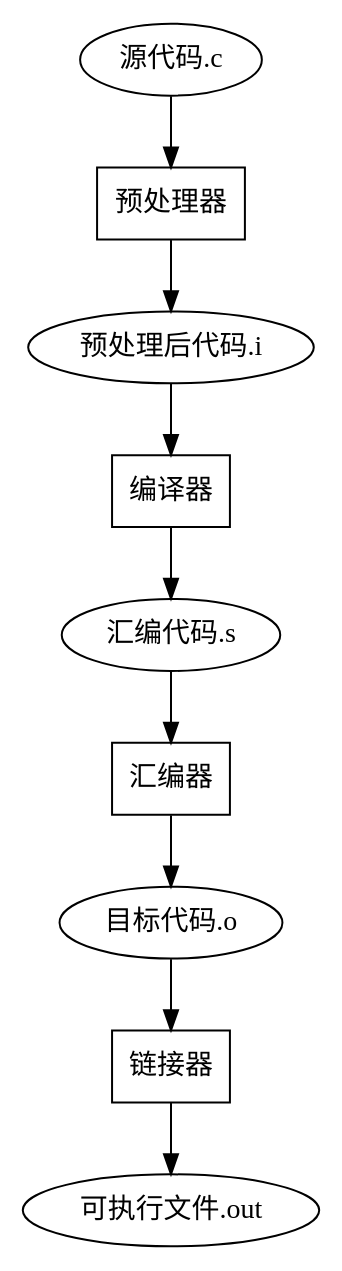
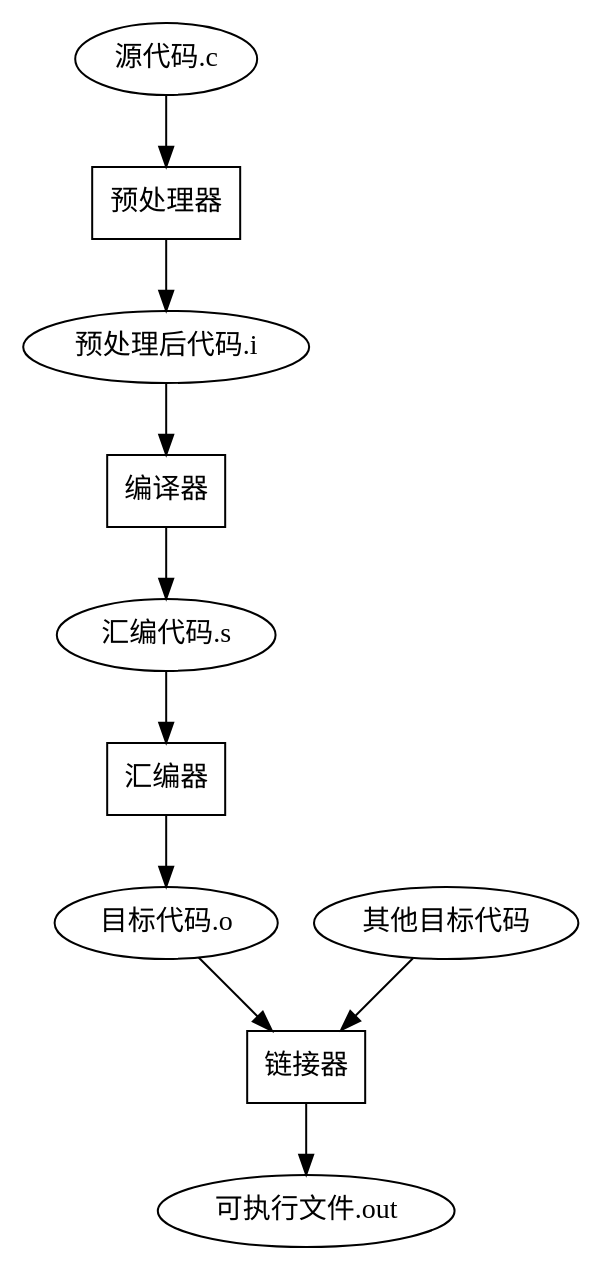
One commit to zombie110year/c-cpp changed the diagram in source/_static/graphviz/intro.compile.gv. Above: the diagram before and after it, drawn with Graphviz. The commit also changed 3 other files, not shown here.

```diff
--- a/source/_static/graphviz/intro.compile.gv
+++ b/source/_static/graphviz/intro.compile.gv
@@ -1,21 +1,22 @@
 digraph compile {
    bgcolor = "#ffffff00";
    graph [fontname = "Sarasa UI SC"];
    node [fontname = "Sarasa UI SC"];
    edge [fontname = "Sarasa UI SC"];
 
    source_code [label="源代码.c"];
    preprocessed_code [label="预处理后代码.i"];
    assembly_code [label="汇编代码.s"];
    object_code [label="目标代码.o"];
    executable [label="可执行文件.out"];
    preprocesser [label="预处理器", shape="rect"];
    compiler [label="编译器", shape="rect"];
    assembler [label="汇编器", shape="rect"];
    linker [label="链接器", shape="rect"];
 
    source_code -> preprocesser -> preprocessed_code;
    preprocessed_code -> compiler -> assembly_code;
    assembly_code -> assembler -> object_code;
    object_code -> linker -> executable;
+   "其他目标代码" -> linker;
 }
```
